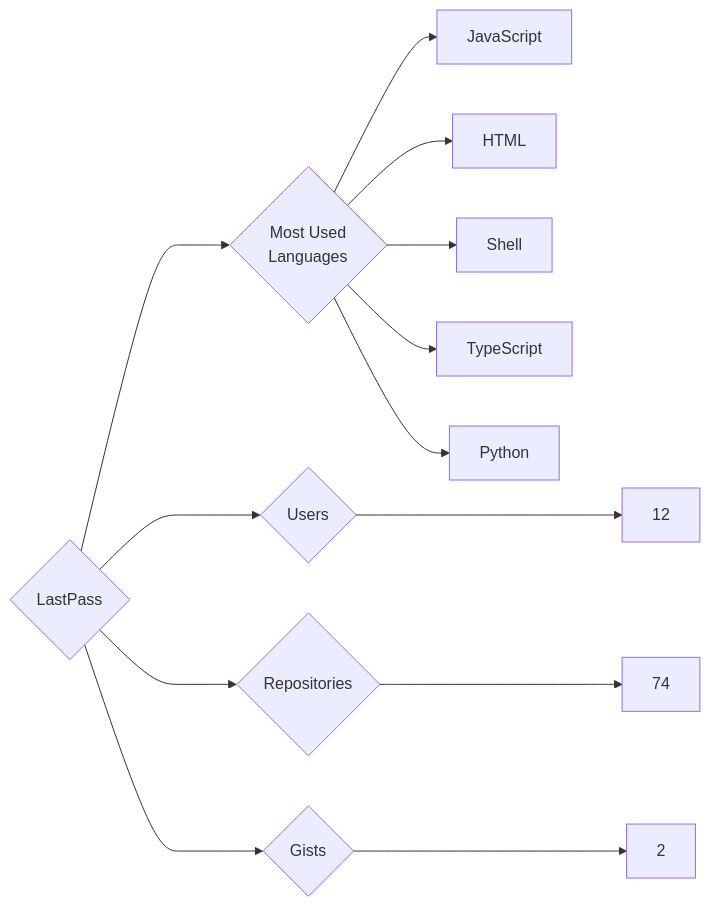
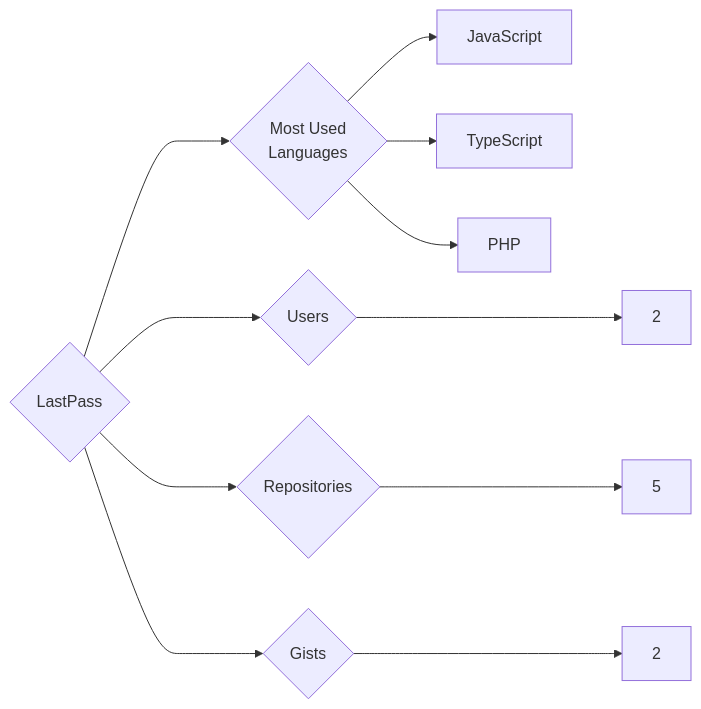
One commit to trickest/insiders changed the diagram in targets/LastPass/README.md. Above: the diagram before and after it, drawn with Mermaid. The commit also changed 553 other files, not shown here.

````diff
--- a/targets/LastPass/README.md
+++ b/targets/LastPass/README.md
@@ -3,13 +3,11 @@
 ```mermaid
 graph LR
 COMPANY_NAME{LastPass}
-COMPANY_NAME ---> U{Users} ---> UN[12]
-COMPANY_NAME ---> R{Repositories} ---> RN[74]
+COMPANY_NAME ---> U{Users} ---> UN[2]
+COMPANY_NAME ---> R{Repositories} ---> RN[5]
 COMPANY_NAME ---> G{Gists} ---> GN[2]
 COMPANY_NAME ---> ML{Most Used<br>Languages}
 ML --> JavaScript[JavaScript]
-ML --> HTML[HTML]
-ML --> Shell[Shell]
 ML --> TypeScript[TypeScript]
-ML --> Python[Python]
+ML --> PHP[PHP]
 ```
````
